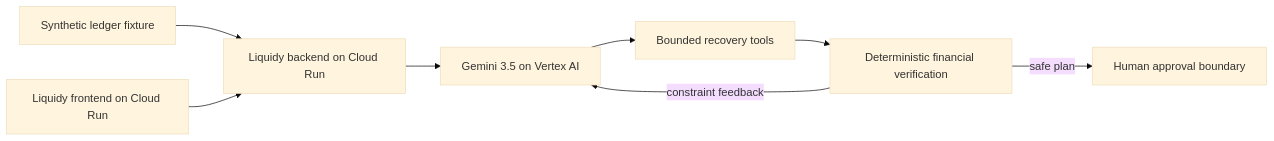
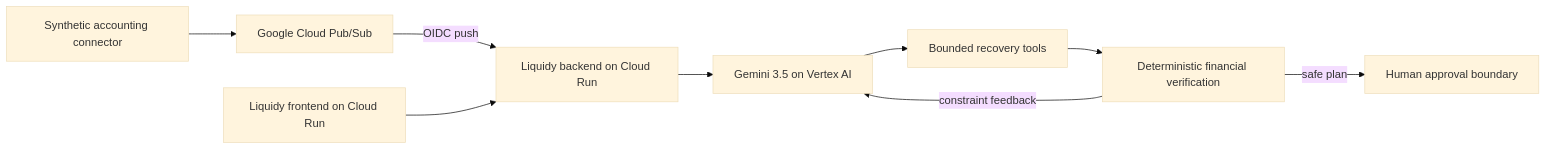
Before and after one commit to mittalpk/liquidy-agentic-demo: the diagram in docs/OVERVIEW.md, drawn with Mermaid (base theme). The commit also changed other lines of this file and 1 other file, not shown here.

````diff
--- a/docs/OVERVIEW.md
+++ b/docs/OVERVIEW.md
@@ -3,10 +3,11 @@
 ```mermaid
 flowchart LR
-    DATA[Synthetic ledger fixture] --> API[Liquidy backend on Cloud Run]
+    DATA[Synthetic accounting connector] --> PS[Google Cloud Pub/Sub]
+    PS -->|OIDC push| API[Liquidy backend on Cloud Run]
     API --> MODEL[Gemini 3.5 on Vertex AI]
     MODEL --> TOOLS[Bounded recovery tools]
     TOOLS --> VERIFY[Deterministic financial verification]
     VERIFY -->|constraint feedback| MODEL
     VERIFY -->|safe plan| HUMAN[Human approval boundary]
     WEB[Liquidy frontend on Cloud Run] --> API
 ```
````
